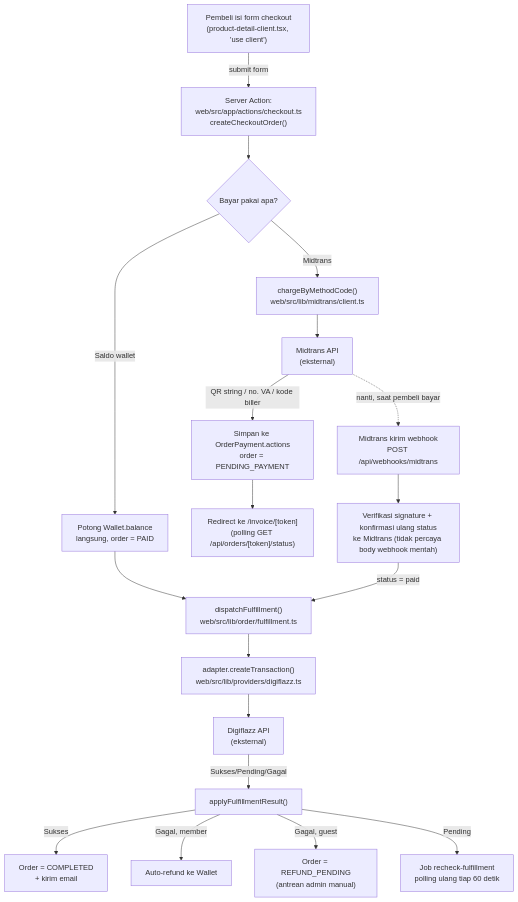
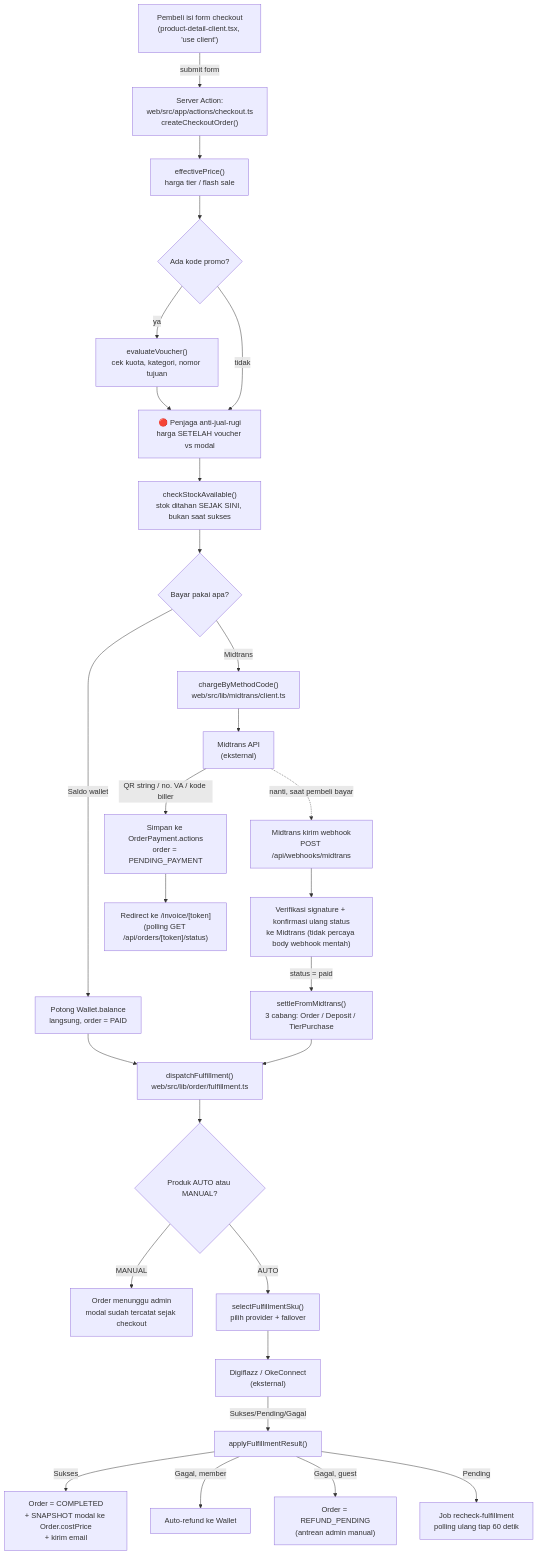
The second of 4 diagrams in docs/01-ARSITEKTUR.md (DannShop/DANNSHOP-E-COMMERCE), drawn with Mermaid before and after one commit. The commit also changed other lines of this file and 8 other files, not shown here.

````diff
--- a/docs/01-ARSITEKTUR.md
+++ b/docs/01-ARSITEKTUR.md
@@ -40,21 +40,30 @@
 ```mermaid
 flowchart TD
     A["Pembeli isi form checkout<br/>(product-detail-client.tsx, 'use client')"] -->|submit form| B["Server Action:<br/>web/src/app/actions/checkout.ts<br/>createCheckoutOrder()"]
-    B --> C{Bayar pakai apa?}
+    B --> B1["effectivePrice()<br/>harga tier / flash sale"]
+    B1 --> B2{"Ada kode promo?"}
+    B2 -->|ya| B3["evaluateVoucher()<br/>cek kuota, kategori, nomor tujuan"]
+    B2 -->|tidak| B4
+    B3 --> B4["🔴 Penjaga anti-jual-rugi<br/>harga SETELAH voucher vs modal"]
+    B4 --> B5["checkStockAvailable()<br/>stok ditahan SEJAK SINI, bukan saat sukses"]
+    B5 --> C{Bayar pakai apa?}
     C -->|Saldo wallet| D["Potong Wallet.balance<br/>langsung, order = PAID"]
     C -->|Midtrans| E["chargeByMethodCode()<br/>web/src/lib/midtrans/client.ts"]
     E --> F["Midtrans API<br/>(eksternal)"]
     F -->|QR string / no. VA / kode biller| G["Simpan ke OrderPayment.actions<br/>order = PENDING_PAYMENT"]
-    D --> H["dispatchFulfillment()<br/>web/src/lib/order/fulfillment.ts"]
+    D --> H
     G --> I["Redirect ke /invoice/[token]<br/>(polling GET /api/orders/[token]/status)"]
     F -.->|nanti, saat pembeli bayar| J["Midtrans kirim webhook<br/>POST /api/webhooks/midtrans"]
     J --> K["Verifikasi signature + konfirmasi ulang status<br/>ke Midtrans (tidak percaya body webhook mentah)"]
-    K -->|status = paid| H
-    H --> L["adapter.createTransaction()<br/>web/src/lib/providers/digiflazz.ts"]
-    L --> M["Digiflazz API<br/>(eksternal)"]
+    K -->|status = paid| SET["settleFromMidtrans()<br/>3 cabang: Order / Deposit / TierPurchase"]
+    SET --> H["dispatchFulfillment()<br/>web/src/lib/order/fulfillment.ts"]
+    H --> HM{"Produk AUTO atau MANUAL?"}
+    HM -->|MANUAL| MAN["Order menunggu admin<br/>modal sudah tercatat sejak checkout"]
+    HM -->|AUTO| L["selectFulfillmentSku()<br/>pilih provider + failover"]
+    L --> M["Digiflazz / OkeConnect<br/>(eksternal)"]
     M -->|Sukses/Pending/Gagal| N["applyFulfillmentResult()"]
-    N -->|Sukses| O["Order = COMPLETED<br/>+ kirim email"]
+    N -->|Sukses| O["Order = COMPLETED<br/>+ SNAPSHOT modal ke Order.costPrice<br/>+ kirim email"]
     N -->|Gagal, member| P["Auto-refund ke Wallet"]
     N -->|Gagal, guest| Q["Order = REFUND_PENDING<br/>(antrean admin manual)"]
     N -->|Pending| R["Job recheck-fulfillment<br/>polling ulang tiap 60 detik"]
 ```
````
